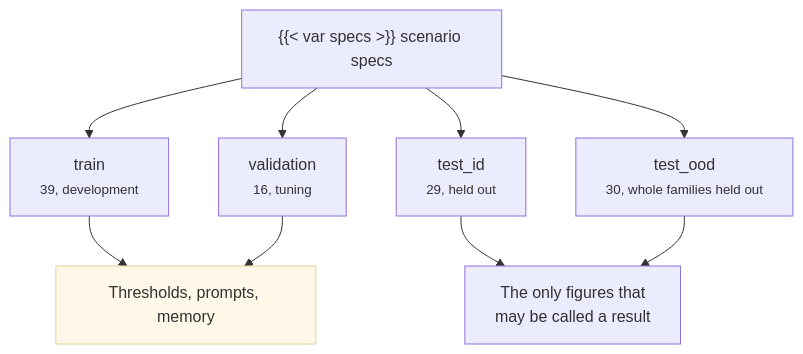
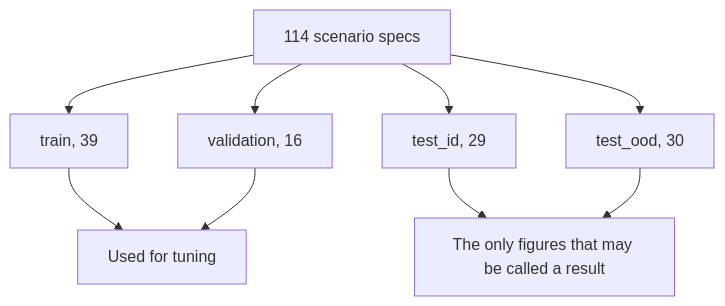
The second of 3 diagrams in explainer/metrics.qmd (hoomanesteki/firebreak-ai-sre-agent), drawn with Mermaid before and after one commit. The commit also changed other lines of this file and 4 other files, not shown here.

First line of the commit message:
fix(site): make the diagrams render and the prose plain

````diff
--- a/explainer/metrics.qmd
+++ b/explainer/metrics.qmd
@@ -83,12 +78,11 @@
 ```{mermaid}
 flowchart TB
-  LIB["{{< var specs >}} scenario specs"] --> TRAIN["train<br/><small>39, development</small>"]
-  LIB --> VAL["validation<br/><small>16, tuning</small>"]
-  LIB --> TID["test_id<br/><small>29, held out</small>"]
-  LIB --> TOOD["test_ood<br/><small>30, whole families held out</small>"]
-  TRAIN --> TUNE["Thresholds, prompts, memory"]
+  LIB[114 scenario specs] --> TRAIN[train, 39]
+  LIB --> VAL[validation, 16]
+  LIB --> TID[test_id, 29]
+  LIB --> TOOD[test_ood, 30]
+  TRAIN --> TUNE[Used for tuning]
   VAL --> TUNE
-  TID --> CLAIM["The only figures that<br/>may be called a result"]
-  TOOD --> CLAIM
-  style TUNE fill:#fff8e8,stroke:#e6cf9a
+  TID --> RESULT[The only figures that may be called a result]
+  TOOD --> RESULT
 ```
````
